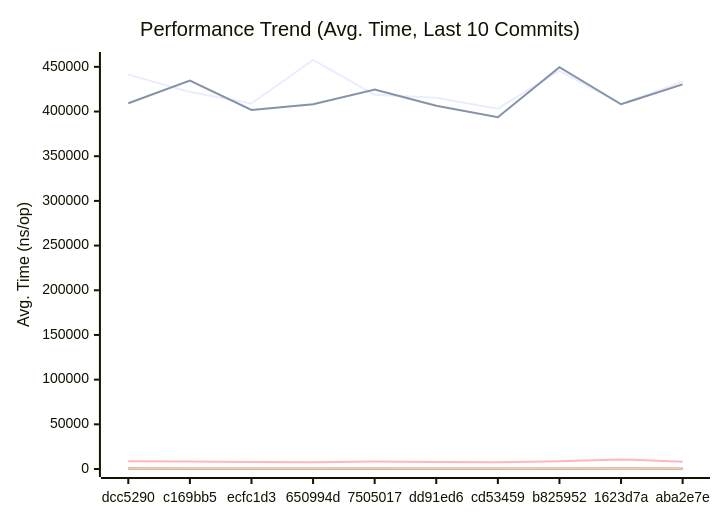
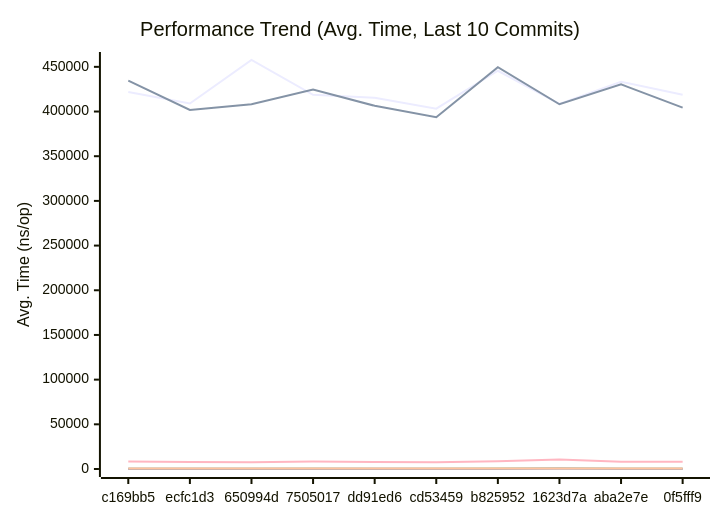
Before and after one commit to alsotoes/momo: the first of 3 diagrams in docs/PERFORMANCE.md, drawn with Mermaid. The commit also changed other lines of this file and 3 other files, not shown here.

````diff
--- a/docs/PERFORMANCE.md
+++ b/docs/PERFORMANCE.md
@@ -145,20 +145,20 @@
 ```mermaid
 xychart-beta
     title "Performance Trend (Avg. Time, Last 10 Commits)"
     x-axis "Commit"
     y-axis "Avg. Time (ns/op)"
-    x-axis [dcc5290,c169bb5,ecfc1d3,650994d,7505017,dd91ed6,cd53459,b825952,1623d7a,aba2e7e]
-    line "AWSChunkedReaderSigned" [441285,421825,408990,457655,418649,415373,403249,445617,408424,433346]
-    line "AWSChunkedReaderUnsigned" [409317,434524,401783,408115,424530,406436,393596,449617,408148,430389]
-    line "CheckMetricsAndSwap" [8,8,8,8,8,7,8,8,9,8]
-    line "CrushOptimized" [316,338,304,306,309,294,287,358,356,303]
-    line "CrushOriginal" [445,417,407,394,422,407,389,441,568,411]
+    x-axis [c169bb5,ecfc1d3,650994d,7505017,dd91ed6,cd53459,b825952,1623d7a,aba2e7e,0f5fff9]
+    line "AWSChunkedReaderSigned" [421825,408990,457655,418649,415373,403249,445617,408424,433346,418811]
+    line "AWSChunkedReaderUnsigned" [434524,401783,408115,424530,406436,393596,449617,408148,430389,404420]
+    line "CheckMetricsAndSwap" [8,8,8,8,7,8,8,9,8,8]
+    line "CrushOptimized" [338,304,306,309,294,287,358,356,303,301]
+    line "CrushOriginal" [417,407,394,422,407,389,441,568,411,382]
     line "IndexDirectTracking" [0,0,0,0,0,0,0,0,0,0]
-    line "IndexSearch" [2,2,2,2,2,2,1,1,2,2]
-    line "LoadGlobalConfig" [8771,8344,7742,7670,8319,7911,7590,8718,10767,8040]
-    line "PadString" [45,41,40,38,40,39,36,44,55,40]
+    line "IndexSearch" [2,2,2,2,2,1,1,2,2,2]
+    line "LoadGlobalConfig" [8344,7742,7670,8319,7911,7590,8718,10767,8040,8190]
+    line "PadString" [41,40,38,40,39,36,44,55,40,53]
     line "ParseReplicationOrder_NoPrealloc" [350,349,357,354,345,225,229,165,232,234]
     line "ParseReplicationOrder_Prealloc" [229,231,237,234,229,108,107,80,110,109]
-    line "SanitizeLog/Safe" [504,229,396,398,416,401,396,419,499,416]
-    line "SanitizeLog/Unsafe" [501,678,514,487,506,541,482,602,485,511]
+    line "SanitizeLog/Safe" [229,396,398,416,401,396,419,499,416,418]
+    line "SanitizeLog/Unsafe" [678,514,487,506,541,482,602,485,511,532]
 ```
````
